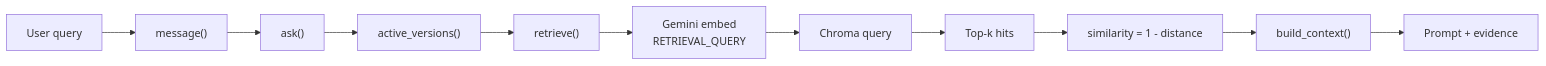
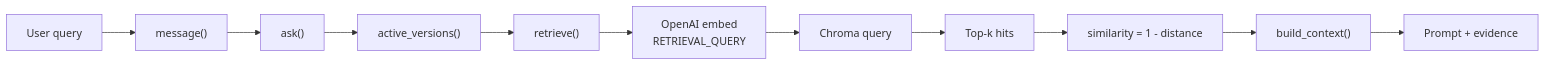
The first of 2 diagrams in documentation/03-retrieval-pipeline.md (Dorjnyam/rag_chatbot_try), drawn with Mermaid before and after one commit. The commit also changed other lines of this file and 50 other files, not shown here.

````diff
--- a/documentation/03-retrieval-pipeline.md
+++ b/documentation/03-retrieval-pipeline.md
@@ -10,13 +10,13 @@
 ```mermaid
 flowchart LR
     Q["User query"] --> A["message()"]
     A --> B["ask()"]
     B --> C["active_versions()"]
     C --> D["retrieve()"]
-    D --> E["Gemini embed\nRETRIEVAL_QUERY"]
+    D --> E["OpenAI embed\nRETRIEVAL_QUERY"]
     E --> F["Chroma query"]
     F --> G["Top-k hits"]
     G --> H["similarity = 1 - distance"]
     H --> I["build_context()"]
     I --> J["Prompt + evidence"]
 ```
````
